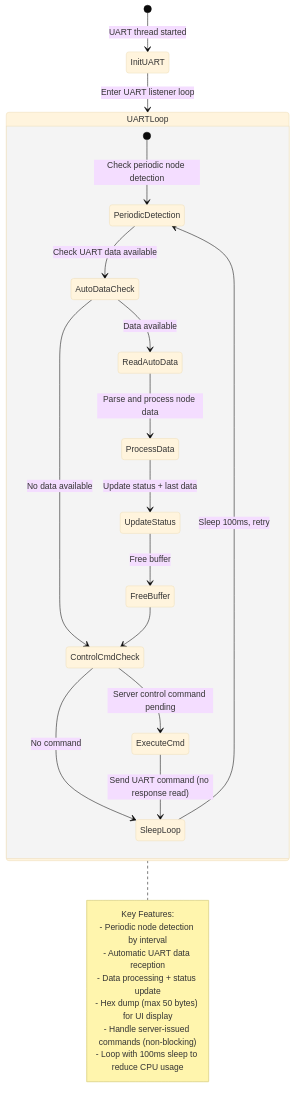
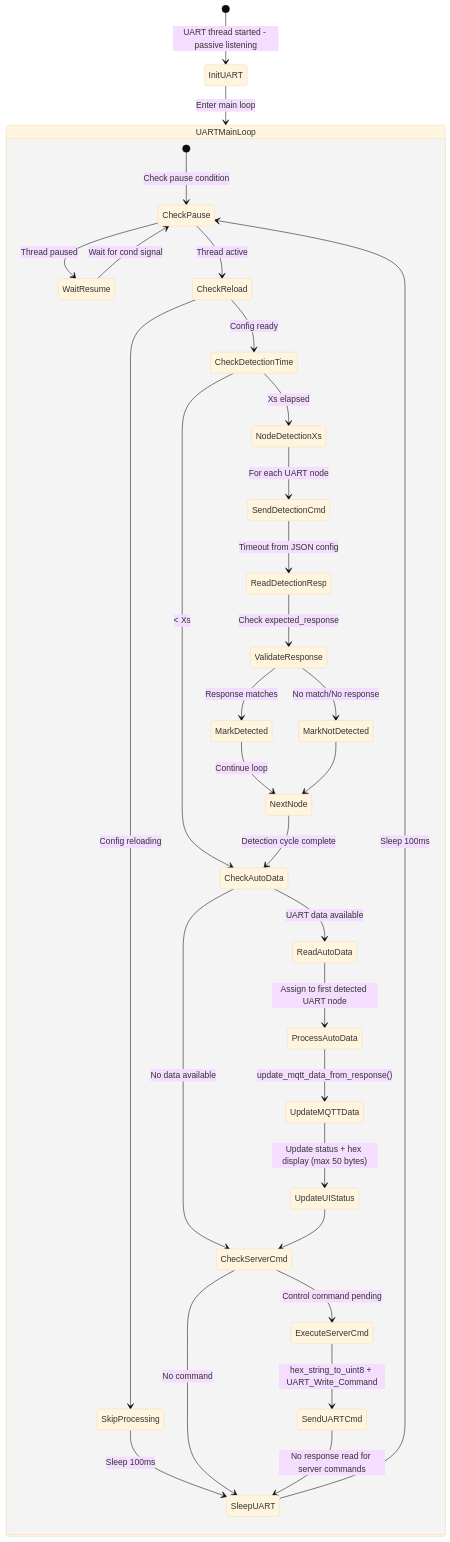
The third of 6 diagrams in README.md (hongthiennhan/DATN_Gateway), drawn with Mermaid (base theme) before and after one commit. The commit also changed other lines of this file and 5 other files, not shown here.

````diff
--- a/README.md
+++ b/README.md
@@ -84,35 +115,43 @@
 ```mermaid
 stateDiagram-v2
-    [*] --> InitUART: UART thread started
-    InitUART --> UARTLoop: Enter UART listener loop
-
-    state UARTLoop {
-        [*] --> PeriodicDetection: Check periodic node detection
-        PeriodicDetection --> AutoDataCheck: Check UART data available
-
-        AutoDataCheck --> ReadAutoData: Data available
-        AutoDataCheck --> ControlCmdCheck: No data available
-
-        ReadAutoData --> ProcessData: Parse and process node data
-        ProcessData --> UpdateStatus: Update status + last data
-        UpdateStatus --> FreeBuffer: Free buffer
-        FreeBuffer --> ControlCmdCheck
-
-        ControlCmdCheck --> ExecuteCmd: Server control command pending
-        ControlCmdCheck --> SleepLoop: No command
-
-        ExecuteCmd --> SleepLoop: Send UART command (no response read)
-
-        SleepLoop --> PeriodicDetection: Sleep 100ms, retry
+    [*] --> InitUART: UART thread started - passive listening
+    InitUART --> UARTMainLoop: Enter main loop
+    
+    state UARTMainLoop {
+        [*] --> CheckPause: Check pause condition
+        CheckPause --> WaitResume: Thread paused
+        CheckPause --> CheckReload: Thread active
+        WaitResume --> CheckPause: Wait for cond signal
+        
+        CheckReload --> SkipProcessing: Config reloading
+        CheckReload --> CheckDetectionTime: Config ready
+        SkipProcessing --> SleepUART: Sleep 100ms
+        
+        CheckDetectionTime --> NodeDetectionXs: Xs elapsed
+        CheckDetectionTime --> CheckAutoData: < Xs
+        
+        NodeDetectionXs --> SendDetectionCmd: For each UART node
+        SendDetectionCmd --> ReadDetectionResp: Timeout from JSON config
+        ReadDetectionResp --> ValidateResponse: Check expected_response
+        ValidateResponse --> MarkDetected: Response matches
+        ValidateResponse --> MarkNotDetected: No match/No response
+        MarkDetected --> NextNode: Continue loop
+        MarkNotDetected --> NextNode
+        NextNode --> CheckAutoData: Detection cycle complete
+        
+        CheckAutoData --> ReadAutoData: UART data available
+        CheckAutoData --> CheckServerCmd: No data available
+        ReadAutoData --> ProcessAutoData: Assign to first detected UART node
+        ProcessAutoData --> UpdateMQTTData: update_mqtt_data_from_response()
+        UpdateMQTTData --> UpdateUIStatus: Update status + hex display (max 50 bytes)
+        UpdateUIStatus --> CheckServerCmd
+        
+        CheckServerCmd --> ExecuteServerCmd: Control command pending
+        CheckServerCmd --> SleepUART: No command
+        ExecuteServerCmd --> SendUARTCmd: hex_string_to_uint8 + UART_Write_Command
+        SendUARTCmd --> SleepUART: No response read for server commands
+        
+        SleepUART --> CheckPause: Sleep 100ms
     }
 
-    note right of UARTLoop
-        Key Features:
-        - Periodic node detection by interval
-        - Automatic UART data reception
-        - Data processing + status update
-        - Hex dump (max 50 bytes) for UI display
-        - Handle server-issued commands (non-blocking)
-        - Loop with 100ms sleep to reduce CPU usage
-    end note
 ```
````
